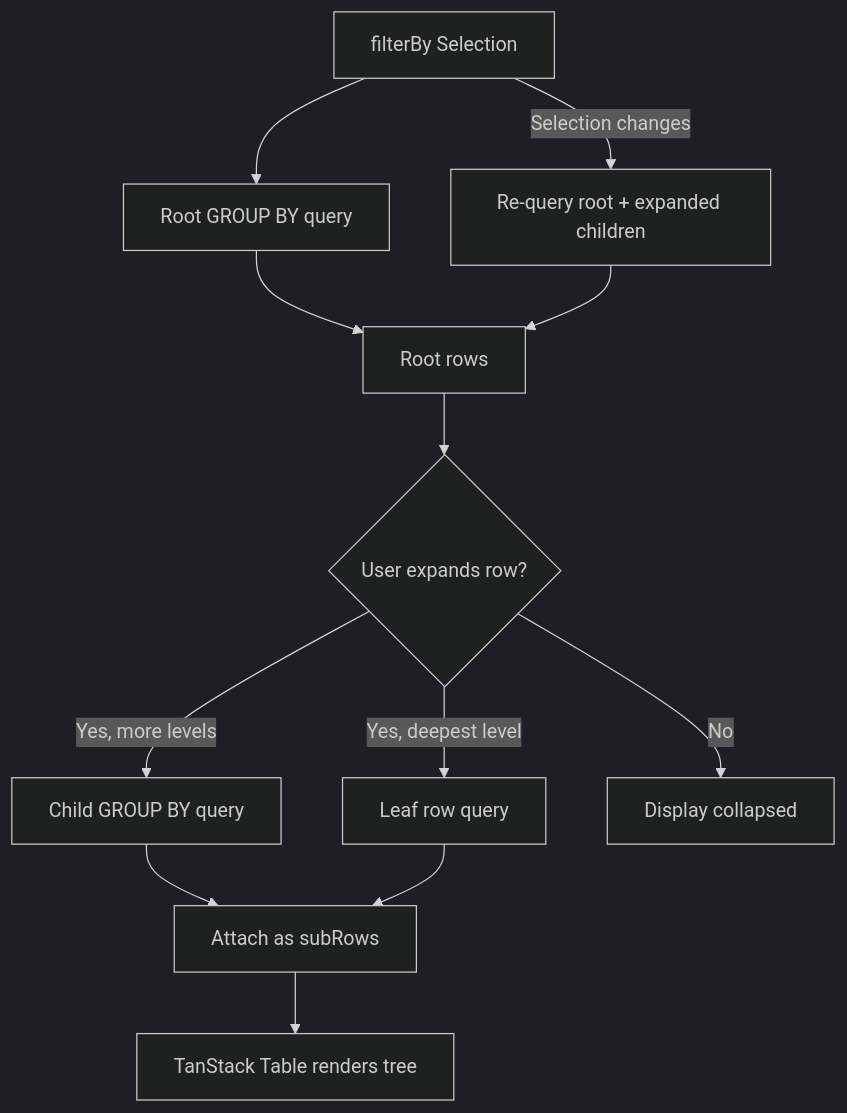
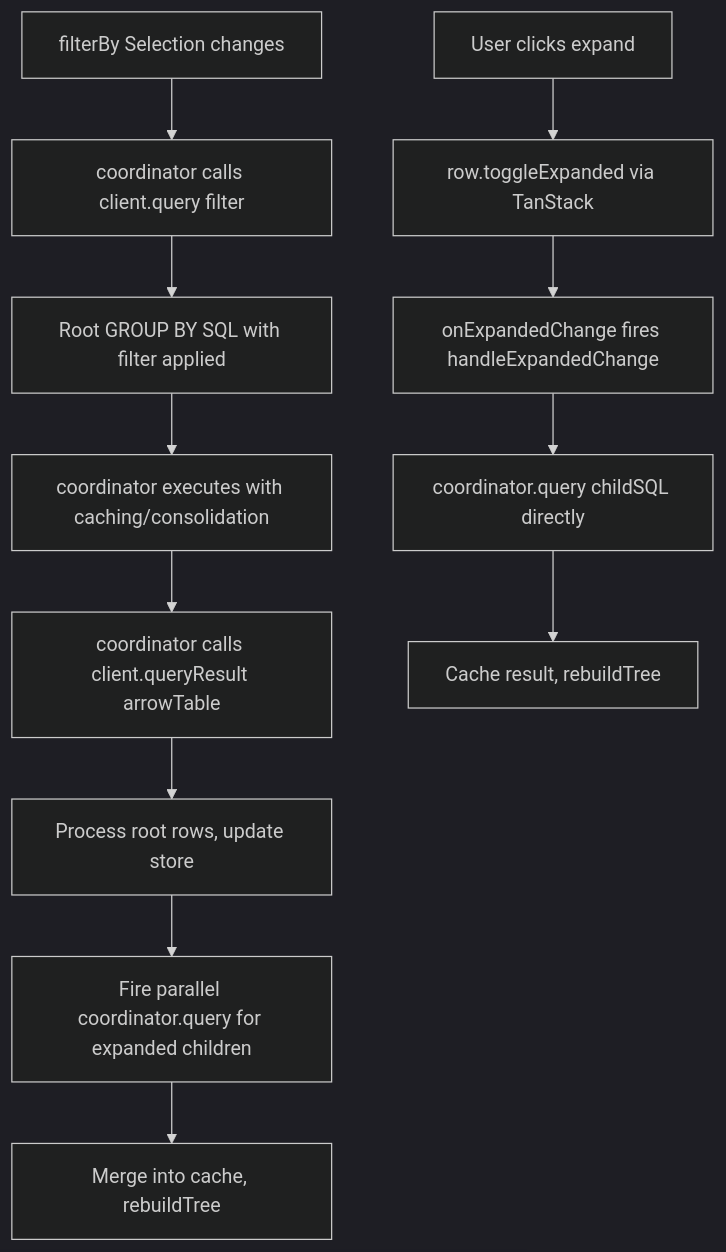
The diagram in docs/react/grouped-table.md (nozzle/mosaic-adapters), drawn with Mermaid (dark theme) before and after one commit. The commit also changed other lines of this file, not shown here.

Commit message:
docs: update grouped table guide for new tableOptions API

````diff
--- a/docs/react/grouped-table.md
+++ b/docs/react/grouped-table.md
@@ -128,14 +143,14 @@
 ```mermaid
 graph TD
-    A[filterBy Selection] --> B[Root GROUP BY query]
-    B --> C[Root rows]
-    C --> D{User expands row?}
-    D -->|Yes, more levels| E[Child GROUP BY query]
-    D -->|Yes, deepest level| F[Leaf row query]
-    D -->|No| G[Display collapsed]
-    E --> H[Attach as subRows]
-    F --> H
-    H --> I[TanStack Table renders tree]
-    A -->|Selection changes| J[Re-query root + expanded children]
-    J --> C
+    A[filterBy Selection changes] --> B[coordinator calls client.query filter]
+    B --> C[Root GROUP BY SQL with filter applied]
+    C --> D[coordinator executes with caching/consolidation]
+    D --> E[coordinator calls client.queryResult arrowTable]
+    E --> F[Process root rows, update store]
+    F --> G[Fire parallel coordinator.query for expanded children]
+    G --> H[Merge into cache, rebuildTree]
+    I[User clicks expand] --> J[row.toggleExpanded via TanStack]
+    J --> K[onExpandedChange fires handleExpandedChange]
+    K --> L[coordinator.query childSQL directly]
+    L --> M[Cache result, rebuildTree]
 ```
````
